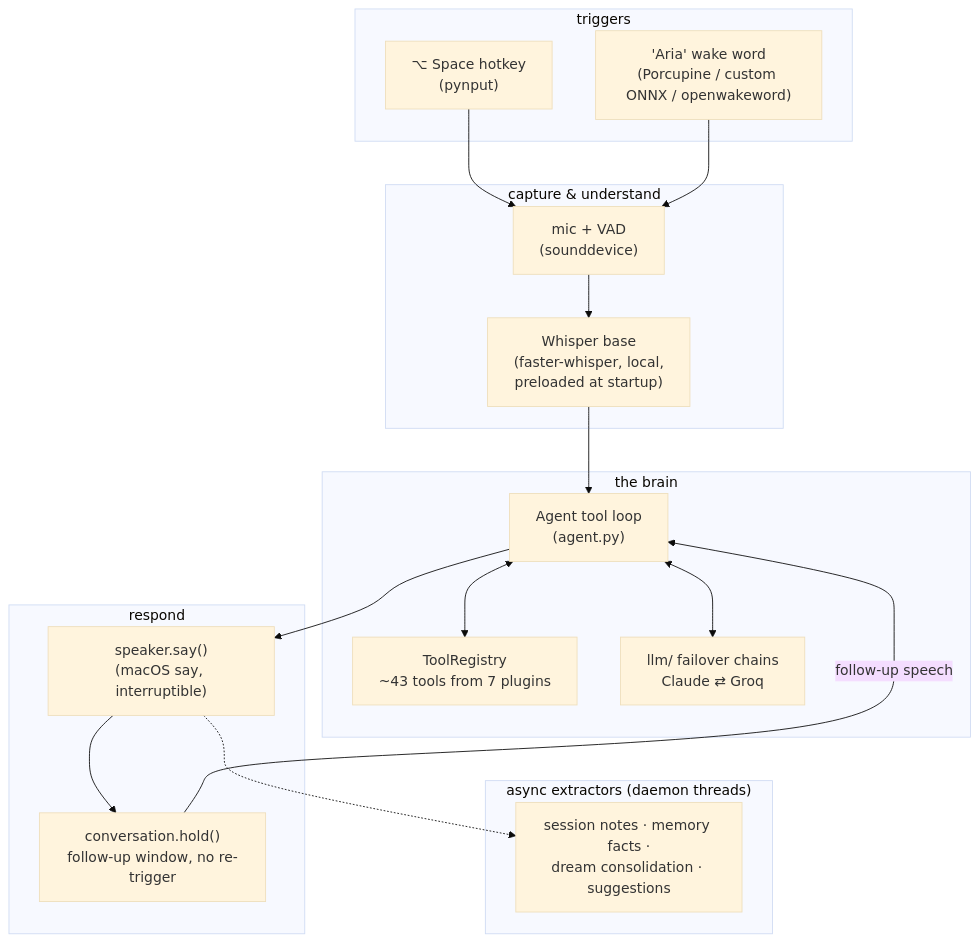
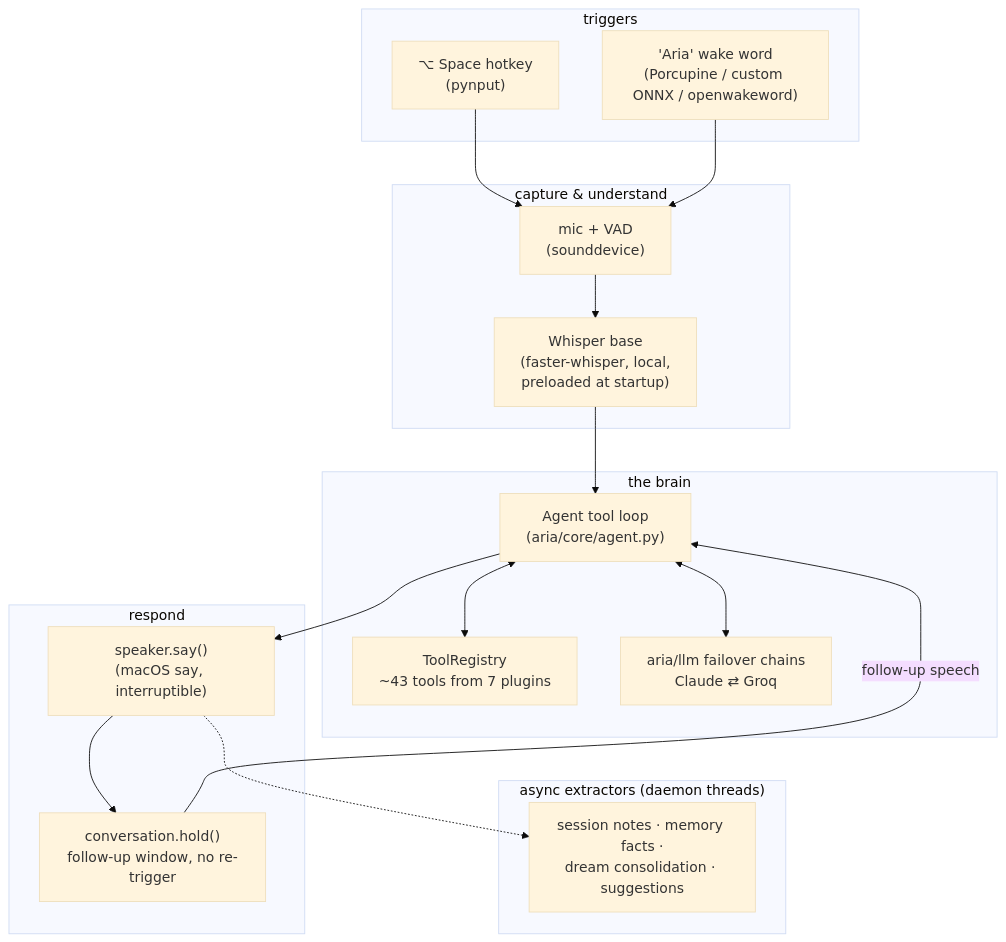
The first of 5 diagrams in ARCHITECTURE.md (Bhanu1299/Aria), drawn with Mermaid (base theme) before and after one commit. The commit also changed other lines of this file and 211 other files, not shown here.

First line of the commit message:
refactor(architecture): flat root → aria/ package, grouped by concern

````diff
--- a/ARCHITECTURE.md
+++ b/ARCHITECTURE.md
@@ -22,36 +22,36 @@
 ```mermaid
 flowchart TB
     subgraph triggers [" triggers "]
         HK["⌥ Space hotkey<br/>(pynput)"]
         WW["'Aria' wake word<br/>(Porcupine / custom ONNX / openwakeword)"]
     end
 
     subgraph capture [" capture & understand "]
         VAD["mic + VAD<br/>(sounddevice)"]
         WH["Whisper base<br/>(faster-whisper, local,<br/>preloaded at startup)"]
     end
 
     subgraph brain [" the brain "]
-        AG["Agent tool loop<br/>(agent.py)"]
+        AG["Agent tool loop<br/>(aria/core/agent.py)"]
         REG["ToolRegistry<br/>~43 tools from 7 plugins"]
-        LLM["llm/ failover chains<br/>Claude ⇄ Groq"]
+        LLM["aria/llm failover chains<br/>Claude ⇄ Groq"]
     end
 
     subgraph out [" respond "]
         TTS["speaker.say()<br/>(macOS say, interruptible)"]
         CONV["conversation.hold()<br/>follow-up window, no re-trigger"]
     end
 
     subgraph async [" async extractors (daemon threads) "]
         EX["session notes · memory facts ·<br/>dream consolidation · suggestions"]
     end
 
     HK --> VAD
     WW --> VAD
     VAD --> WH --> AG
     AG <--> REG
     AG <--> LLM
     AG --> TTS --> CONV
     CONV -->|"follow-up speech"| AG
     TTS -.-> EX
 ```
````
